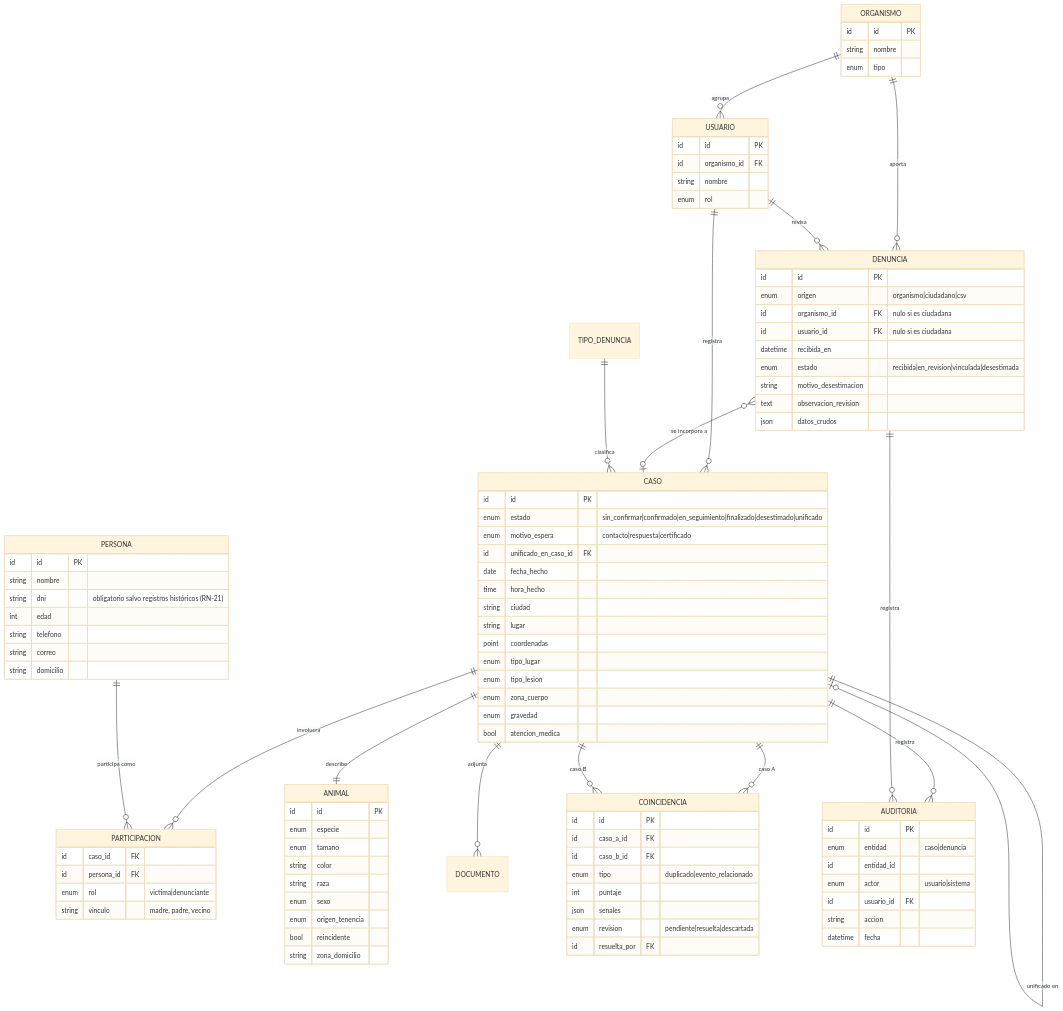
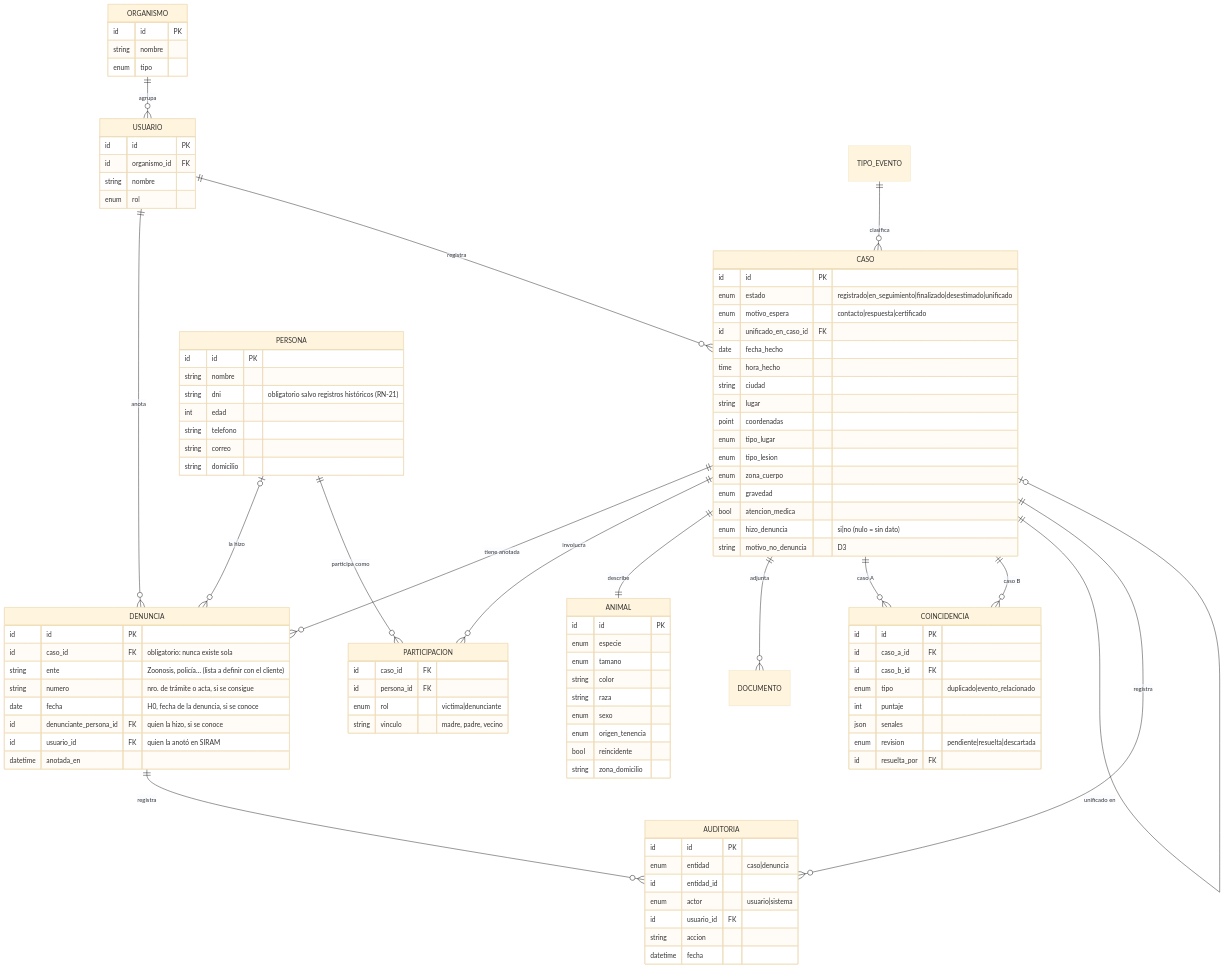
Before and after one commit to dddarioDLC/siram-proyecto: the diagram in modelo/siram.mmd, drawn with Mermaid (base theme). The commit also changed 9 other files, not shown here.

Commit message:
feat: SIRAM trata casos; la denuncia es un dato anotado en el caso (modelo v1)

```diff
--- a/modelo/siram.mmd
+++ b/modelo/siram.mmd
@@ -1,104 +1,106 @@
 erDiagram
     %% SIRAM — modelo de datos canónico (fuente de verdad del dominio)
+    %% Versión 1 · 2026-10-08 · SIRAM trata casos; la denuncia es un dato anotado en el caso (ver decisiones.md).
     %% Versión 0 · 2026-10-08 · línea base tomada de recursos/diseno/«De las pantallas al modelo.html»
     %% + atributos de ORGANISMO y USUARIO tomados de recursos/modelo-er/siram-modelo-er.svg.
     %% ES UNA PROPUESTA ABIERTA: brechas conocidas en ../CONTEXTO.md §7. Cambios y su porqué en decisiones.md.
     ORGANISMO ||--o{ USUARIO : agrupa
-    ORGANISMO ||--o{ DENUNCIA : aporta
-    USUARIO ||--o{ DENUNCIA : revisa
+    USUARIO ||--o{ DENUNCIA : anota
     USUARIO ||--o{ CASO : registra
-    DENUNCIA }o--o| CASO : "se incorpora a"
+    CASO ||--o{ DENUNCIA : "tiene anotada"
+    PERSONA |o--o{ DENUNCIA : "la hizo"
     CASO ||--o{ PARTICIPACION : involucra
     PERSONA ||--o{ PARTICIPACION : "participa como"
     CASO ||--|| ANIMAL : describe
     CASO ||--o{ DOCUMENTO : adjunta
     CASO ||--o{ COINCIDENCIA : "caso A"
     CASO ||--o{ COINCIDENCIA : "caso B"
     CASO ||--o| CASO : "unificado en"
-    TIPO_DENUNCIA ||--o{ CASO : clasifica
+    TIPO_EVENTO ||--o{ CASO : clasifica
     CASO ||--o{ AUDITORIA : registra
     DENUNCIA ||--o{ AUDITORIA : registra
 
     ORGANISMO {
         id id PK
         string nombre
         enum tipo
     }
     USUARIO {
         id id PK
         id organismo_id FK
         string nombre
         enum rol
     }
     DENUNCIA {
         id id PK
-        enum origen "organismo|ciudadano|csv"
-        id organismo_id FK "nulo si es ciudadana"
-        id usuario_id FK "nulo si es ciudadana"
-        datetime recibida_en
-        enum estado "recibida|en_revision|vinculada|desestimada"
-        string motivo_desestimacion
-        text observacion_revision
-        json datos_crudos
+        id caso_id FK "obligatorio: nunca existe sola"
+        string ente "Zoonosis, policía… (lista a definir con el cliente)"
+        string numero "nro. de trámite o acta, si se consigue"
+        date fecha "H0, fecha de la denuncia, si se conoce"
+        id denunciante_persona_id FK "quien la hizo, si se conoce"
+        id usuario_id FK "quien la anotó en SIRAM"
+        datetime anotada_en
     }
     CASO {
         id id PK
-        enum estado "sin_confirmar|confirmado|en_seguimiento|finalizado|desestimado|unificado"
+        enum estado "registrado|en_seguimiento|finalizado|desestimado|unificado"
         enum motivo_espera "contacto|respuesta|certificado"
         id unificado_en_caso_id FK
         date fecha_hecho
         time hora_hecho
         string ciudad
         string lugar
         point coordenadas
         enum tipo_lugar
         enum tipo_lesion
         enum zona_cuerpo
         enum gravedad
         bool atencion_medica
+        enum hizo_denuncia "si|no (nulo = sin dato)"
+        string motivo_no_denuncia "D3"
     }
     COINCIDENCIA {
         id id PK
         id caso_a_id FK
         id caso_b_id FK
         enum tipo "duplicado|evento_relacionado"
         int puntaje
         json senales
         enum revision "pendiente|resuelta|descartada"
         id resuelta_por FK
     }
     PERSONA {
         id id PK
         string nombre
         string dni "obligatorio salvo registros históricos (RN-21)"
         int edad
         string telefono
         string correo
         string domicilio
     }
     PARTICIPACION {
         id caso_id FK
         id persona_id FK
         enum rol "victima|denunciante"
         string vinculo "madre, padre, vecino"
     }
     ANIMAL {
         id id PK
         enum especie
         enum tamano
         string color
         string raza
         enum sexo
         enum origen_tenencia
         bool reincidente
         string zona_domicilio
     }
     AUDITORIA {
         id id PK
         enum entidad "caso|denuncia"
         id entidad_id
         enum actor "usuario|sistema"
         id usuario_id FK
         string accion
         datetime fecha
     }
```
